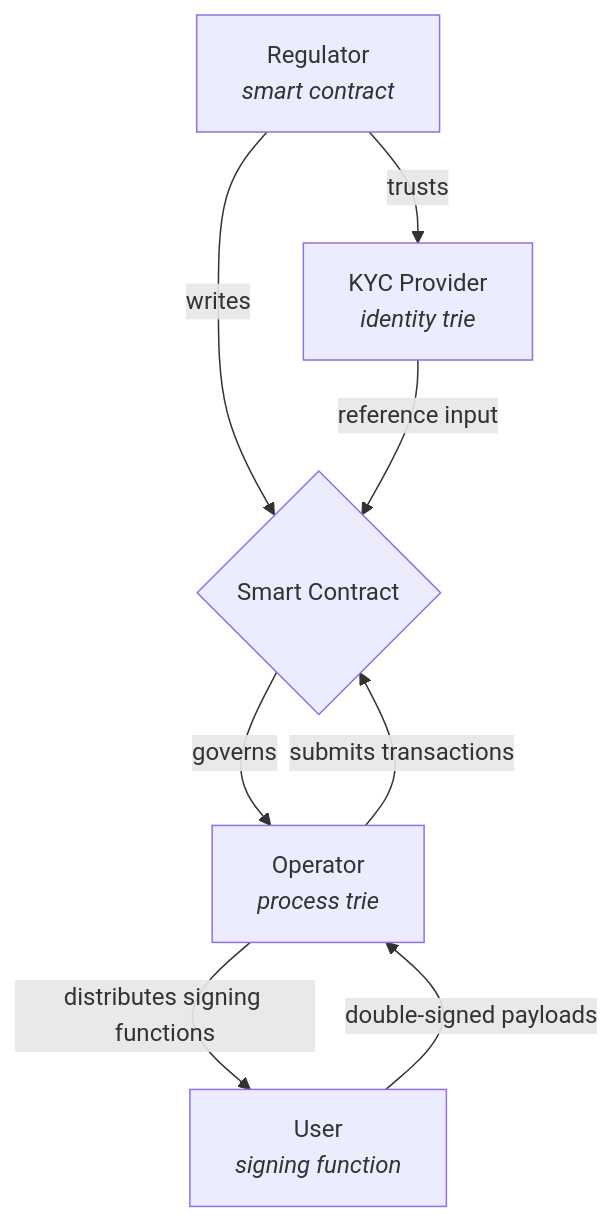
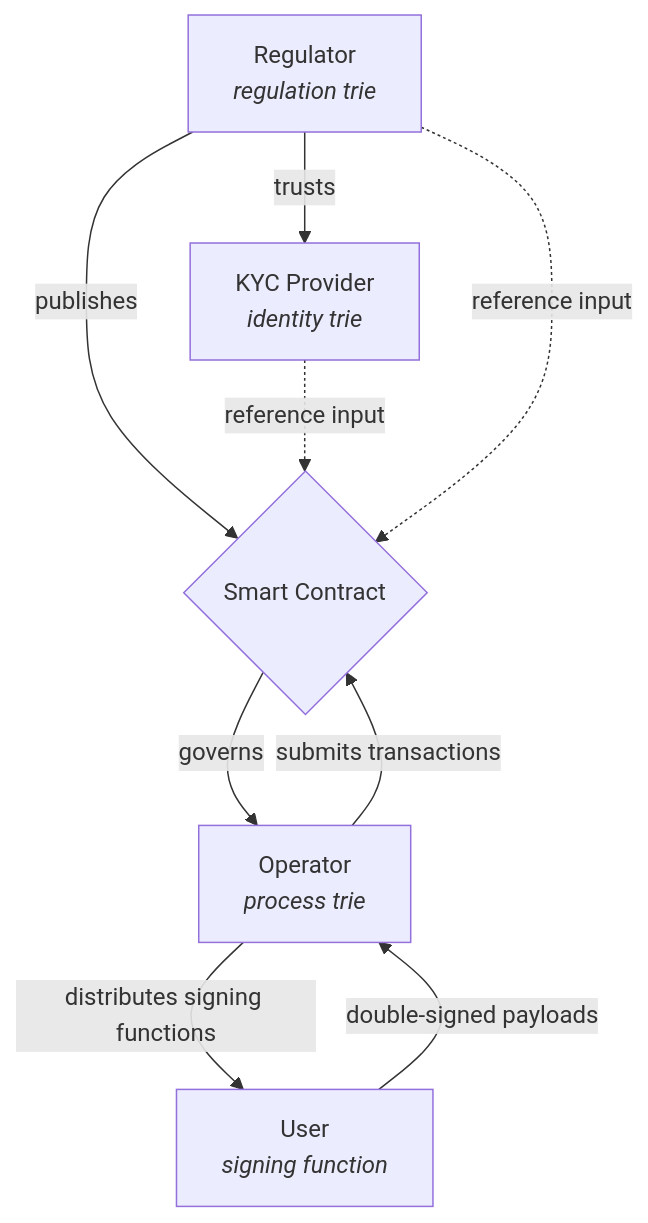
Before and after one commit to lambdasistemi/cardano-for-regulators: the first of 3 diagrams in docs/index.md, drawn with Mermaid. The commit also changed other lines of this file and 1 other file, not shown here.

Commit message:
add regulation trie, on-chain/off-chain verification split, institutional responsibility

````diff
--- a/docs/index.md
+++ b/docs/index.md
@@ -11,15 +11,16 @@
 ```mermaid
 graph TB
     KYC[KYC Provider<br/><i>identity trie</i>]
-    REG[Regulator<br/><i>smart contract</i>]
+    REG[Regulator<br/><i>regulation trie</i>]
     OP[Operator<br/><i>process trie</i>]
     U[User<br/><i>signing function</i>]
 
-    REG -->|writes| SC{Smart Contract}
+    REG -->|publishes| SC{Smart Contract}
     REG -->|trusts| KYC
     SC -->|governs| OP
-    KYC -->|reference input| SC
+    KYC -.->|reference input| SC
+    REG -.->|reference input| SC
     OP -->|distributes signing functions| U
     U -->|double-signed payloads| OP
     OP -->|submits transactions| SC
 ```
````
